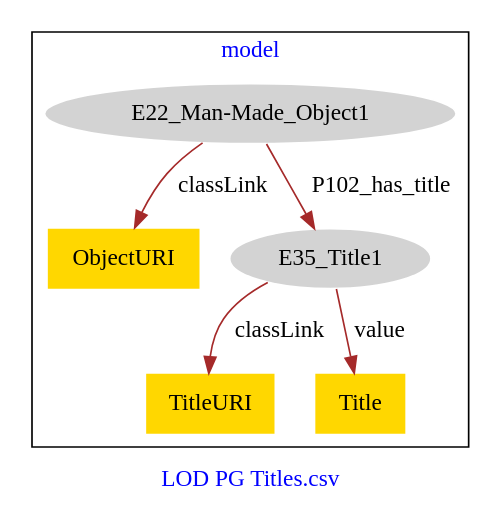
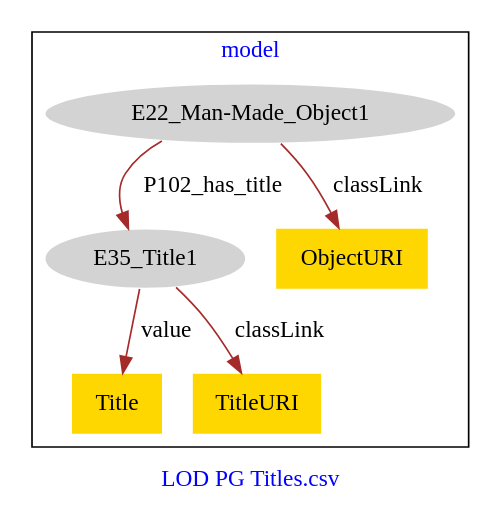
Before and after one commit to american-art/cbm: the diagram in PG_UnknownTitles/PG_UnknownTitles-model.dot, drawn with Graphviz.

Commit message:
Update file PG_UnknownTitles-model.dot

```diff
--- a/PG_UnknownTitles/PG_UnknownTitles-model.dot
+++ b/PG_UnknownTitles/PG_UnknownTitles-model.dot
@@ -1,17 +1,17 @@
 digraph n0 {
 fontcolor="blue"
 remincross="true"
 label="LOD PG Titles.csv"
 subgraph cluster {
 label="model"
 n2[style="filled",color="white",fillcolor="lightgray",label="E22_Man-Made_Object1"];
-n3[shape="plaintext",style="filled",fillcolor="gold",label="ObjectURI"];
-n4[style="filled",color="white",fillcolor="lightgray",label="E35_Title1"];
+n3[style="filled",color="white",fillcolor="lightgray",label="E35_Title1"];
+n4[shape="plaintext",style="filled",fillcolor="gold",label="Title"];
 n5[shape="plaintext",style="filled",fillcolor="gold",label="TitleURI"];
-n6[shape="plaintext",style="filled",fillcolor="gold",label="Title"];
+n6[shape="plaintext",style="filled",fillcolor="gold",label="ObjectURI"];
 }
-n2 -> n3[color="brown",fontcolor="black",label="classLink"]
-n2 -> n4[color="brown",fontcolor="black",label="P102_has_title"]
-n4 -> n5[color="brown",fontcolor="black",label="classLink"]
-n4 -> n6[color="brown",fontcolor="black",label="value"]
+n2 -> n3[color="brown",fontcolor="black",label="P102_has_title"]
+n3 -> n4[color="brown",fontcolor="black",label="value"]
+n3 -> n5[color="brown",fontcolor="black",label="classLink"]
+n2 -> n6[color="brown",fontcolor="black",label="classLink"]
 }
```
